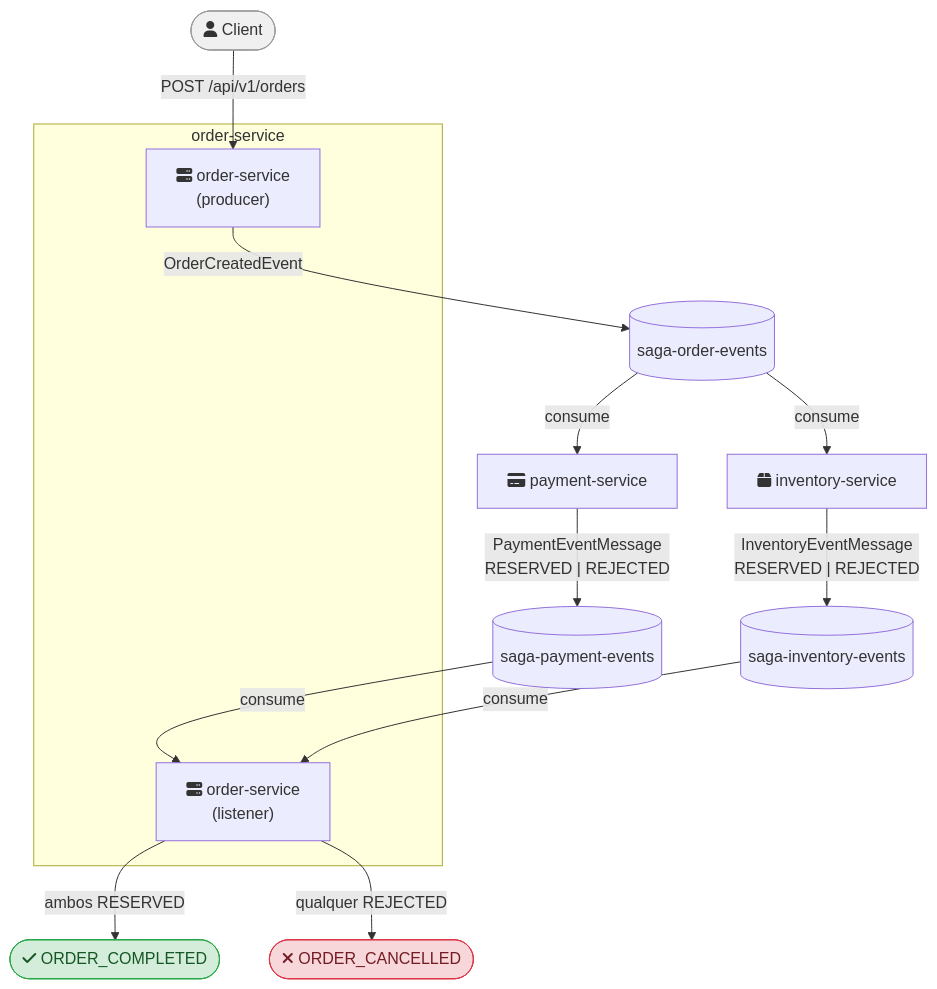
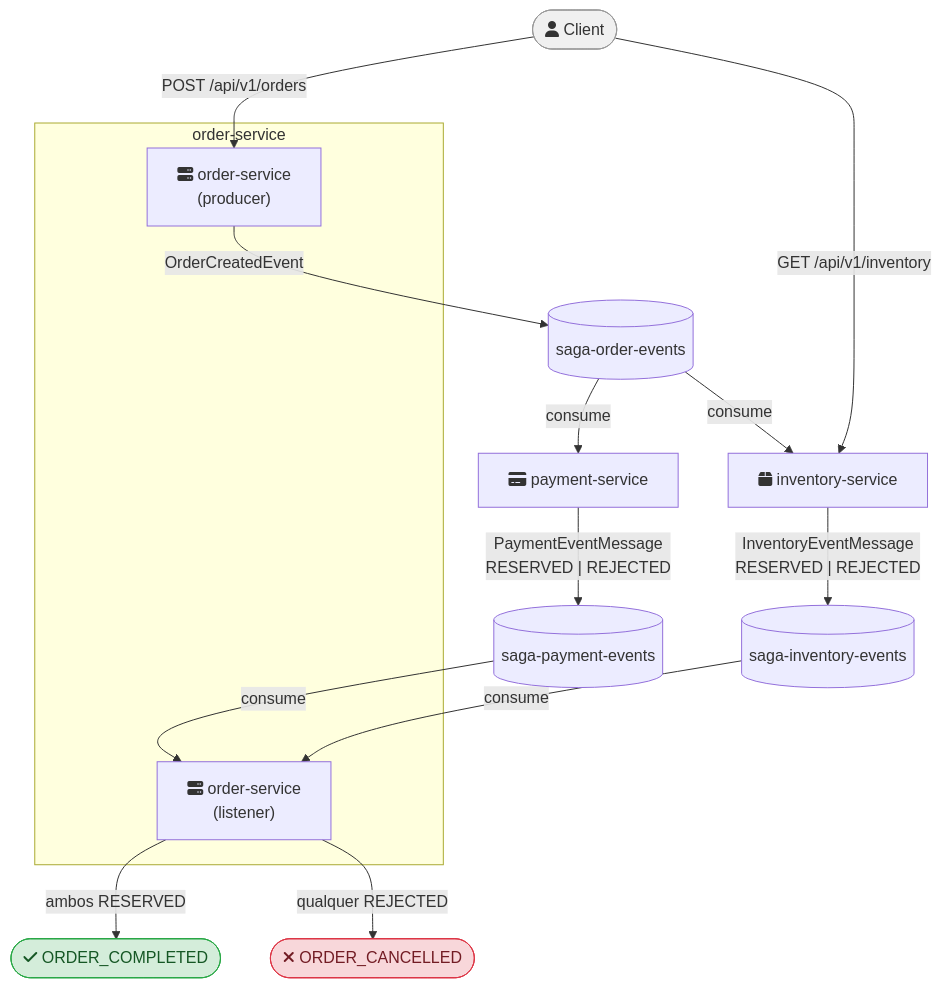
Before and after one commit to charlespaivadeveloper/saga-choreography: the diagram in README.md, drawn with Mermaid. The commit also changed other lines of this file and 34 other files, not shown here.

````diff
--- a/README.md
+++ b/README.md
@@ -36,29 +36,30 @@
 ```mermaid
 flowchart TD
     Client(["fa:fa-user Client"]):::external
 
     Client -->|"POST /api/v1/orders"| OS
+    Client -->|"GET /api/v1/inventory"| IS
 
     subgraph order-service
         OS["fa:fa-server order-service\n(producer)"]
         OSL["fa:fa-server order-service\n(listener)"]
     end
 
     OS -->|"OrderCreatedEvent"| OT[("saga-order-events")]
 
     OT -->|consume| PS["fa:fa-credit-card payment-service"]
     OT -->|consume| IS["fa:fa-box inventory-service"]
 
     PS -->|"PaymentEventMessage\nRESERVED | REJECTED"| PT[("saga-payment-events")]
     IS -->|"InventoryEventMessage\nRESERVED | REJECTED"| IT[("saga-inventory-events")]
 
     PT -->|consume| OSL
     IT -->|consume| OSL
 
     OSL -->|"ambos RESERVED"| COMP(["fa:fa-check ORDER_COMPLETED"]):::success
     OSL -->|"qualquer REJECTED"| CANC(["fa:fa-times ORDER_CANCELLED"]):::failure
 
     classDef external fill:#f0f0f0,stroke:#999,color:#333
     classDef success fill:#d4edda,stroke:#28a745,color:#155724
     classDef failure fill:#f8d7da,stroke:#dc3545,color:#721c24
 ```
````
